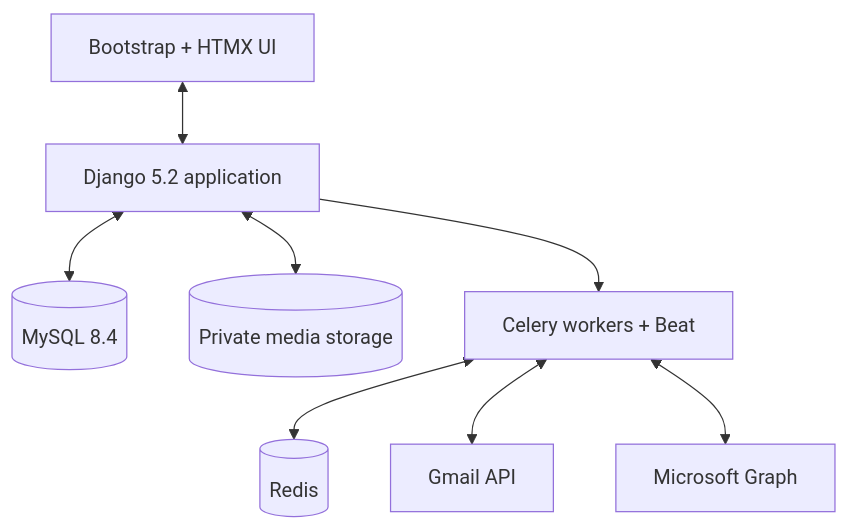
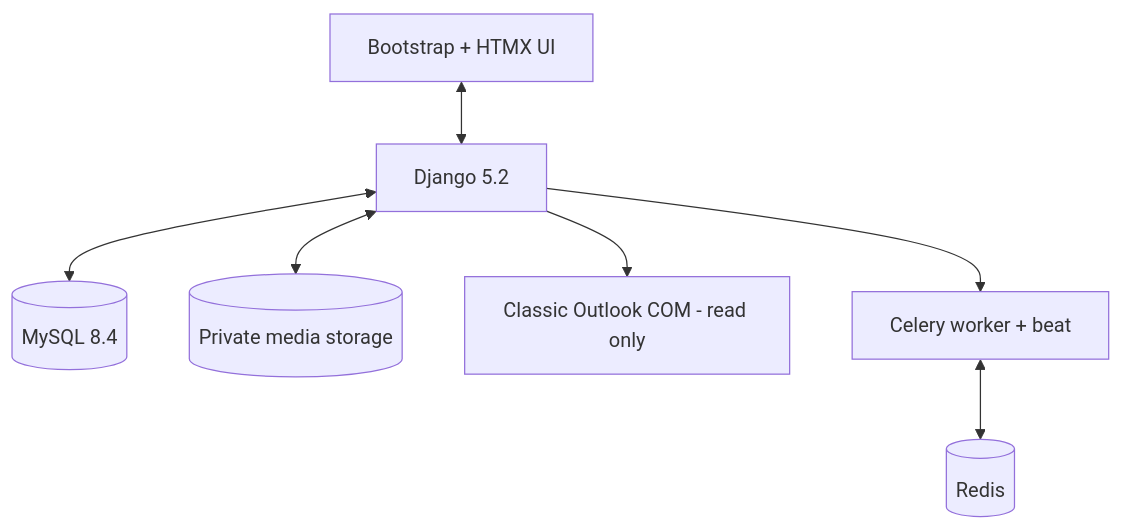
The second of 3 diagrams in README.md (anous341256/job-tracker), drawn with Mermaid before and after one commit. The commit also changed other lines of this file and 57 other files, not shown here.

````diff
--- a/README.md
+++ b/README.md
@@ -81,19 +48,9 @@
 ```mermaid
 flowchart TB
-    Browser[Bootstrap + HTMX UI]
-    Django[Django 5.2 application]
-    MySQL[(MySQL 8.4)]
-    Storage[(Private media storage)]
-    Celery[Celery workers + Beat]
-    Redis[(Redis)]
-    Gmail[Gmail API]
-    Graph[Microsoft Graph]
-
-    Browser <--> Django
-    Django <--> MySQL
-    Django <--> Storage
-    Django --> Celery
-    Celery <--> Redis
-    Celery <--> Gmail
-    Celery <--> Graph
+    Browser[Bootstrap + HTMX UI] <--> Django[Django 5.2]
+    Django <--> MySQL[(MySQL 8.4)]
+    Django <--> Storage[(Private media storage)]
+    Django --> Outlook[Classic Outlook COM - read only]
+    Django --> Celery[Celery worker + beat]
+    Celery <--> Redis[(Redis)]
 ```
````
